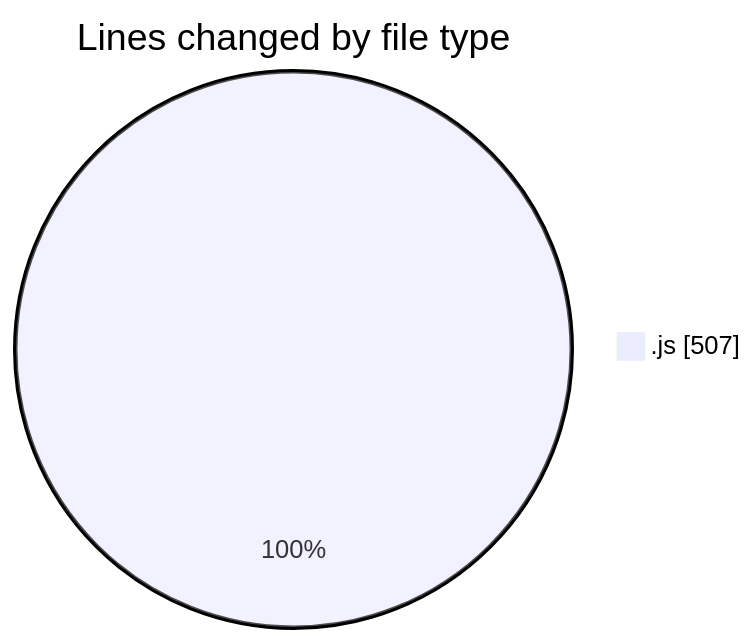
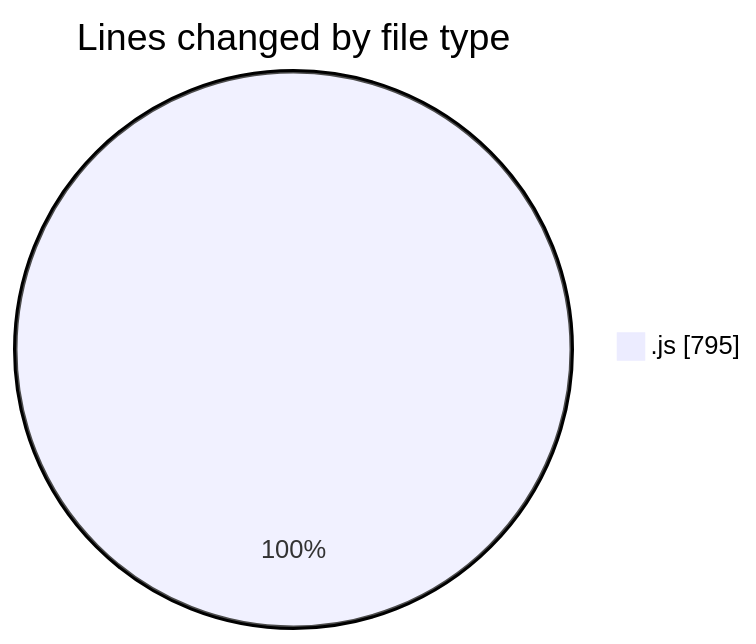
Before and after one commit to nxtqubesakshisongat/code-tracking: the first of 2 diagrams in 2025-05-30/nxtqube_webapp/README.md, drawn with Mermaid. The commit also changed other lines of this file and 1 other file, not shown here.

````diff
--- a/2025-05-30/nxtqube_webapp/README.md
+++ b/2025-05-30/nxtqube_webapp/README.md
@@ -22,5 +23,5 @@
 ```mermaid
 pie showData
 title Lines changed by file type
-".js" : 507
+".js" : 795
 ```
````
